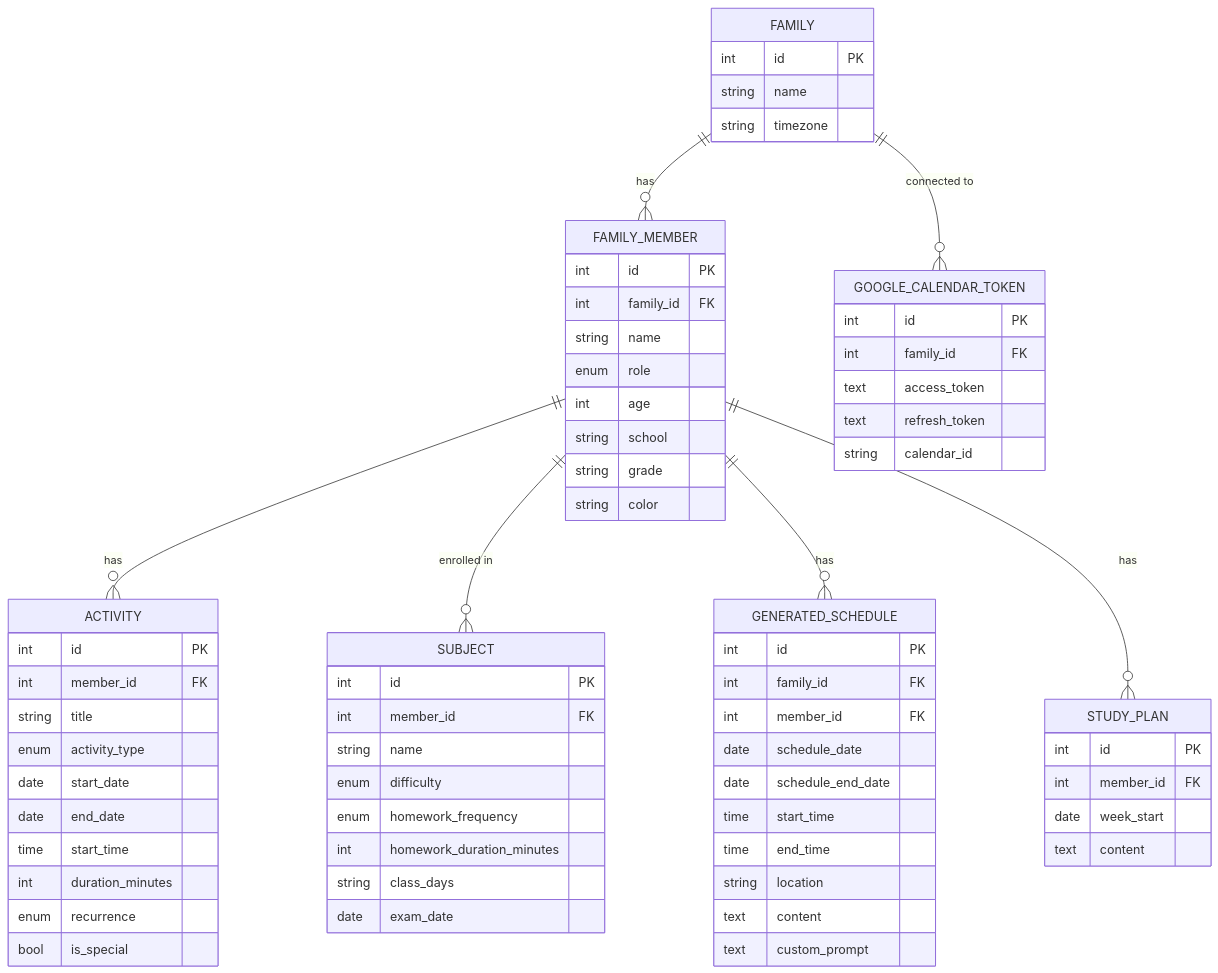
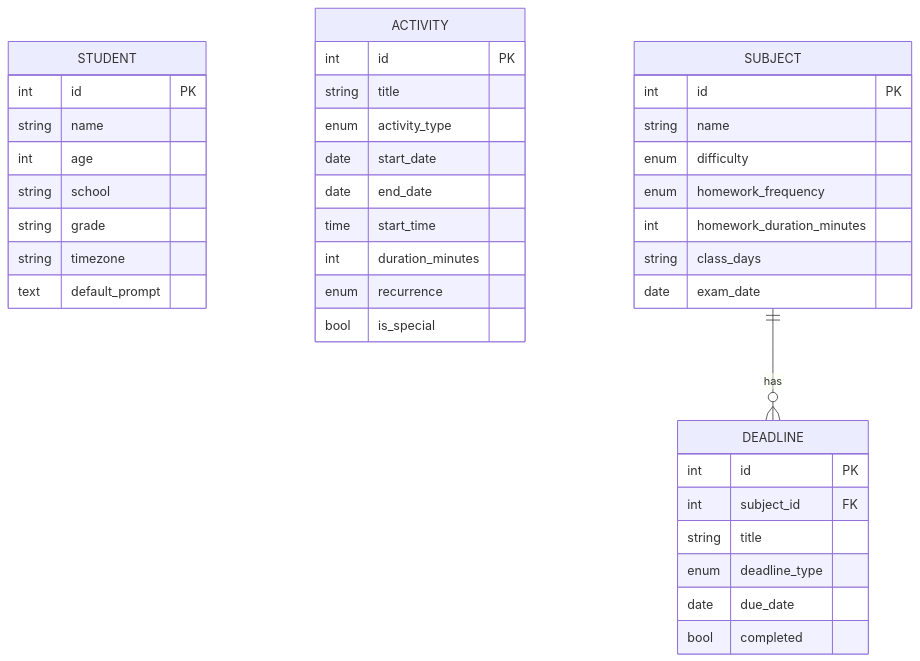
Before and after one commit to vahxa-ai/vahxa-student: the second of 2 diagrams in README.md, drawn with Mermaid. The commit also changed other lines of this file and 49 other files, not shown here.

````diff
--- a/README.md
+++ b/README.md
@@ -68,72 +66,42 @@
 ```mermaid
 erDiagram
-    FAMILY {
+    STUDENT {
         int id PK
         string name
-        string timezone
-    }
-    FAMILY_MEMBER {
-        int id PK
-        int family_id FK
-        string name
-        enum role
         int age
         string school
         string grade
-        string color
+        string timezone
+        text default_prompt
     }
     ACTIVITY {
         int id PK
-        int member_id FK
         string title
         enum activity_type
         date start_date
         date end_date
         time start_time
         int duration_minutes
         enum recurrence
         bool is_special
     }
     SUBJECT {
         int id PK
-        int member_id FK
         string name
         enum difficulty
         enum homework_frequency
         int homework_duration_minutes
         string class_days
         date exam_date
     }
-    GENERATED_SCHEDULE {
+    DEADLINE {
         int id PK
-        int family_id FK
-        int member_id FK
-        date schedule_date
-        date schedule_end_date
-        time start_time
-        time end_time
-        string location
-        text content
-        text custom_prompt
-    }
-    STUDY_PLAN {
-        int id PK
-        int member_id FK
-        date week_start
-        text content
-    }
-    GOOGLE_CALENDAR_TOKEN {
-        int id PK
-        int family_id FK
-        text access_token
-        text refresh_token
-        string calendar_id
+        int subject_id FK
+        string title
+        enum deadline_type
+        date due_date
+        bool completed
     }
 
-    FAMILY ||--o{ FAMILY_MEMBER : "has"
-    FAMILY_MEMBER ||--o{ ACTIVITY : "has"
-    FAMILY_MEMBER ||--o{ SUBJECT : "enrolled in"
-    FAMILY_MEMBER ||--o{ GENERATED_SCHEDULE : "has"
-    FAMILY_MEMBER ||--o{ STUDY_PLAN : "has"
-    FAMILY ||--o{ GOOGLE_CALENDAR_TOKEN : "connected to"
+    SUBJECT ||--o{ DEADLINE : "has"
 ```
````
